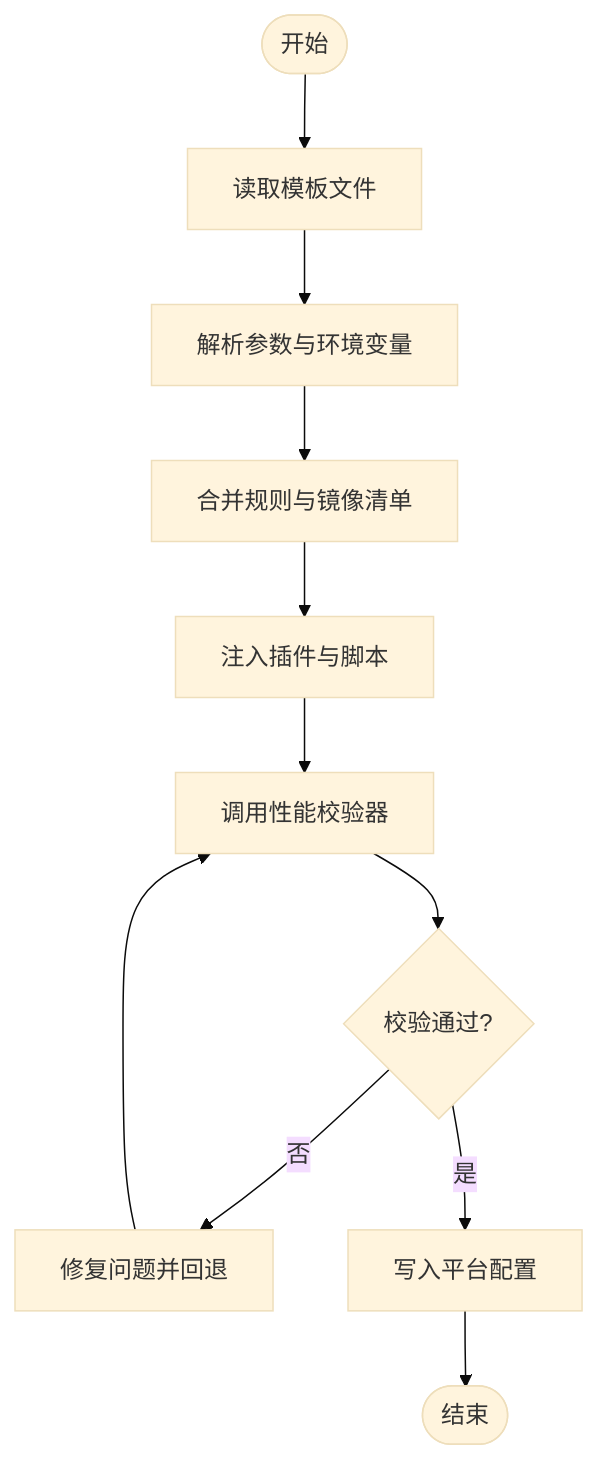
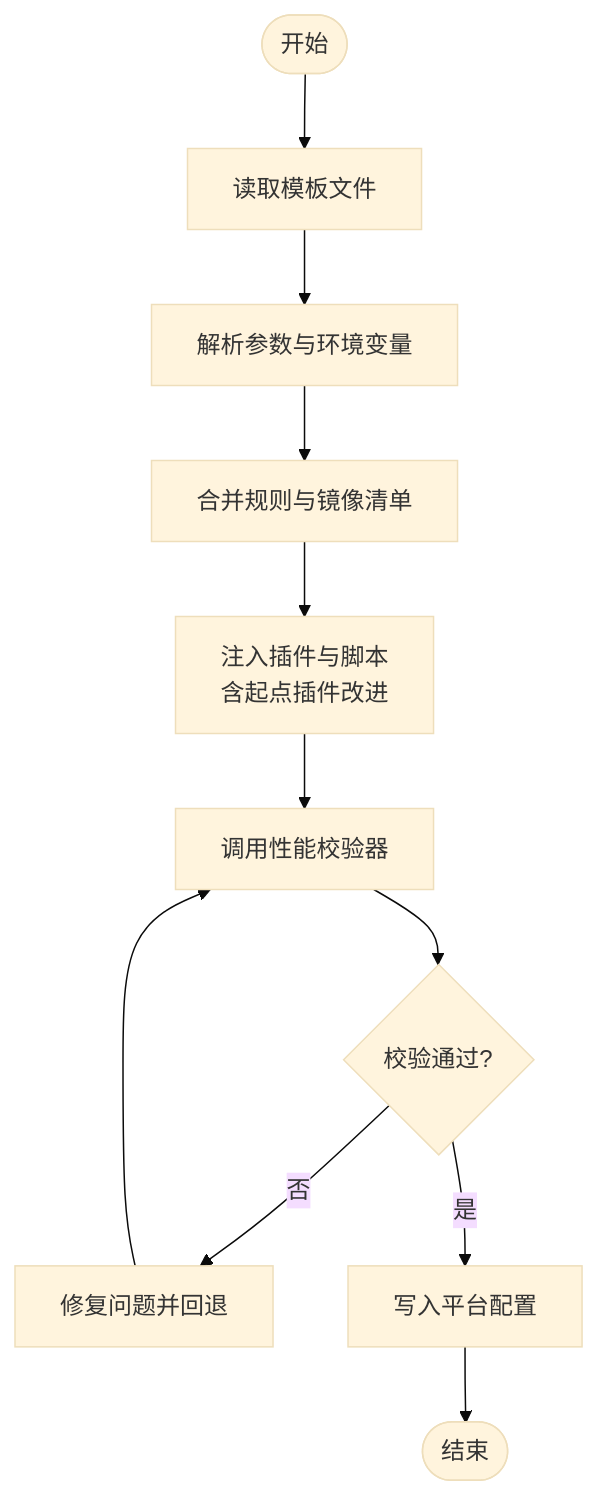
Before and after one commit to 3kaiu/config: the third of 8 diagrams in .qoder/repowiki/zh/content/项目概览/v8.x版本文档.md, drawn with Mermaid (base theme). The commit also changed other lines of this file and 179 other files, not shown here.

````diff
--- a/.qoder/repowiki/zh/content/项目概览/v8.x版本文档.md
+++ b/.qoder/repowiki/zh/content/项目概览/v8.x版本文档.md
@@ -243,13 +257,13 @@
 ```mermaid
 flowchart TD
 Start(["开始"]) --> ReadTpl["读取模板文件"]
 ReadTpl --> ParseArgs["解析参数与环境变量"]
 ParseArgs --> MergeRules["合并规则与镜像清单"]
-MergeRules --> InjectPlugins["注入插件与脚本"]
+MergeRules --> InjectPlugins["注入插件与脚本<br/>含起点插件改进"]
 InjectPlugins --> Validate["调用性能校验器"]
 Validate --> Valid{"校验通过?"}
 Valid --> |否| Fix["修复问题并回退"]
 Valid --> |是| WriteOut["写入平台配置"]
 Fix --> Validate
 WriteOut --> End(["结束"])
 ```
````
